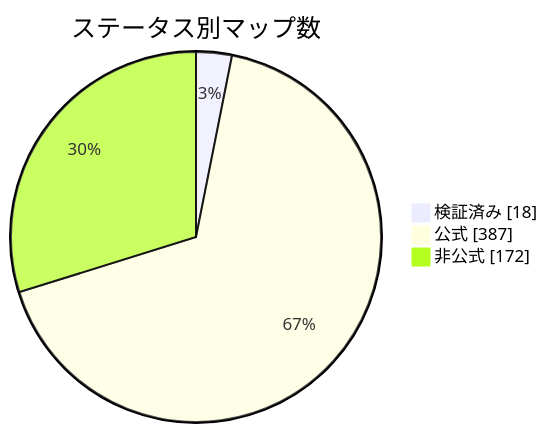
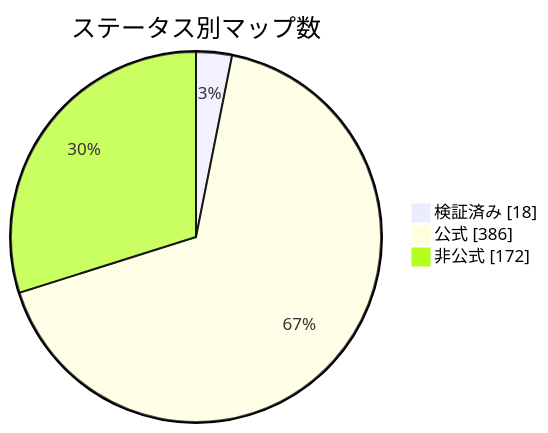
The diagram in docs/readme/README_JP.md (nobrega8/mbmap-library), drawn with Mermaid before and after one commit. The commit also changed 5 other files, not shown here.

````diff
--- a/docs/readme/README_JP.md
+++ b/docs/readme/README_JP.md
@@ -54,7 +54,7 @@
 ```mermaid
 pie showData
     title ステータス別マップ数
     "検証済み" : 18
-    "公式" : 387
+    "公式" : 386
     "非公式" : 172
 ```
````
